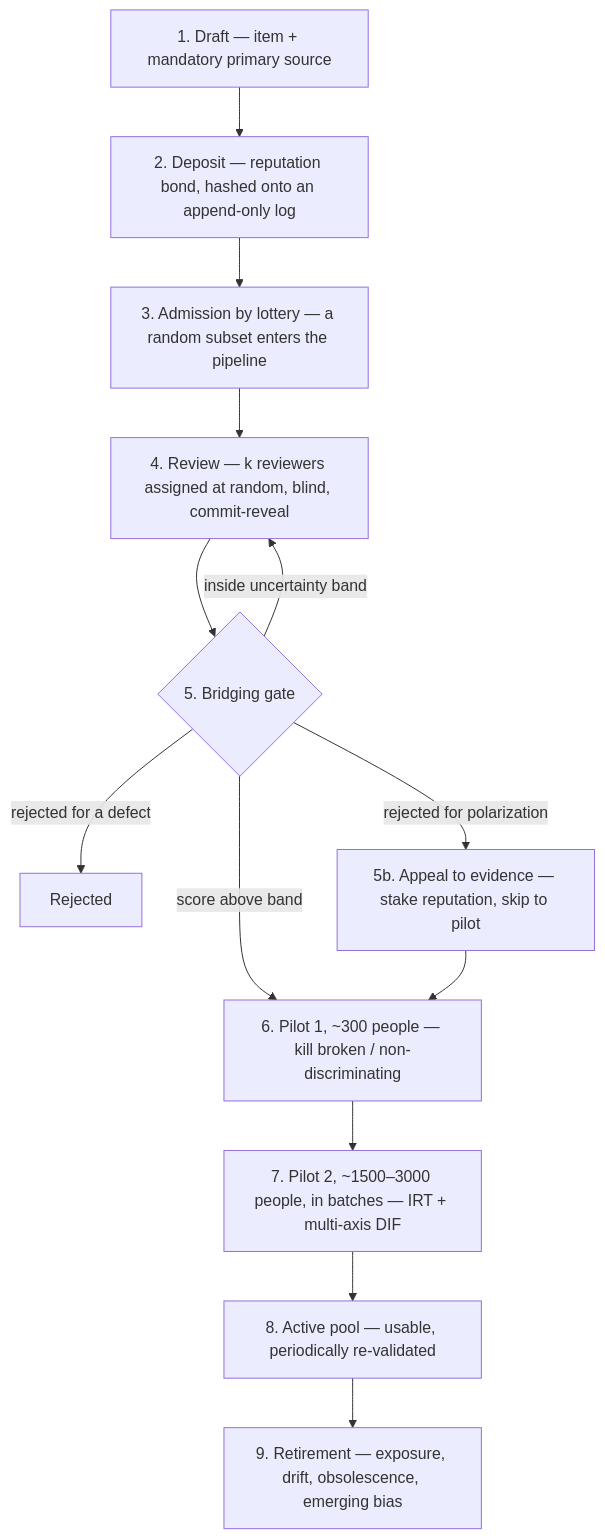
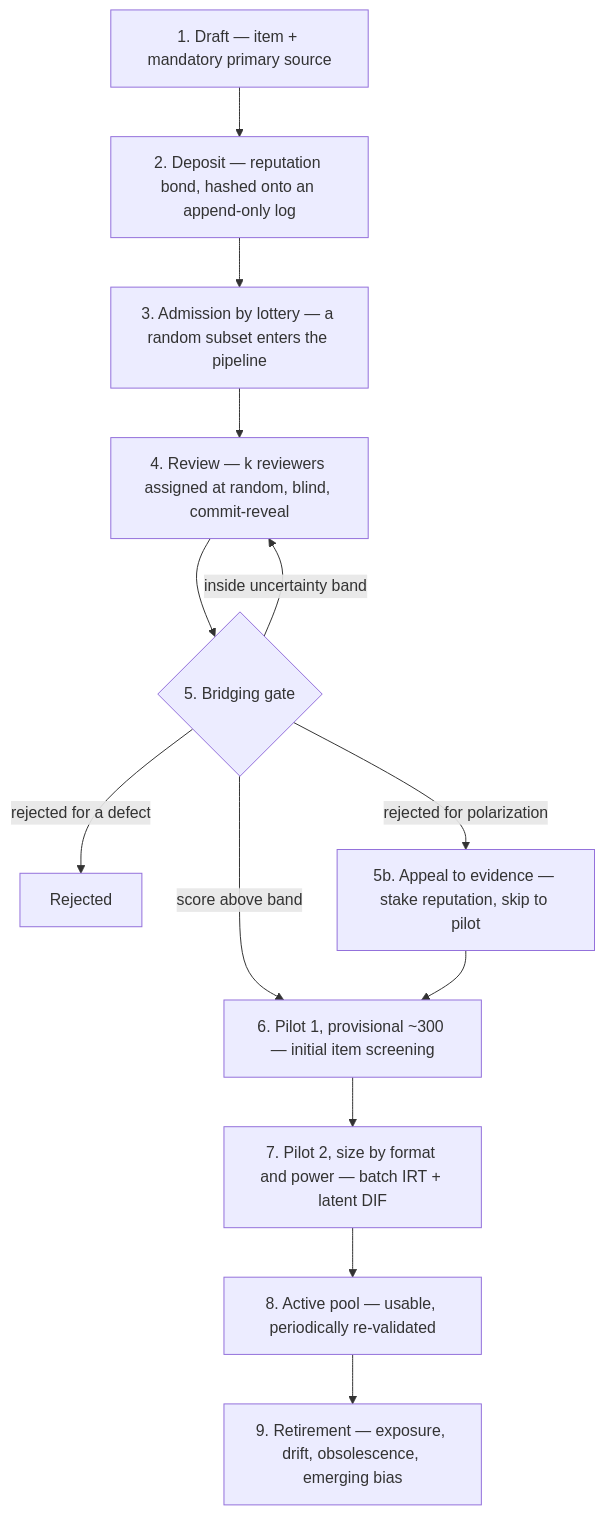
Before and after one commit to dsmear/isegoria: the diagram in README.md, drawn with Mermaid. The commit also changed other lines of this file and 18 other files, not shown here.

````diff
--- a/README.md
+++ b/README.md
@@ -142,15 +140,15 @@
 ```mermaid
 flowchart TD
     A["1. Draft — item + mandatory primary source"] --> B["2. Deposit — reputation bond, hashed onto an append-only log"]
     B --> C["3. Admission by lottery — a random subset enters the pipeline"]
     C --> D["4. Review — k reviewers assigned at random, blind, commit-reveal"]
     D --> E{"5. Bridging gate"}
-    E -->|score above band| F["6. Pilot 1, ~300 people — kill broken / non-discriminating"]
+    E -->|score above band| F["6. Pilot 1, provisional ~300 — initial item screening"]
     E -->|inside uncertainty band| D
     E -->|rejected for a defect| X["Rejected"]
     E -->|rejected for polarization| G["5b. Appeal to evidence — stake reputation, skip to pilot"]
     G --> F
-    F --> H["7. Pilot 2, ~1500–3000 people, in batches — IRT + multi-axis DIF"]
+    F --> H["7. Pilot 2, size by format and power — batch IRT + latent DIF"]
     H --> I["8. Active pool — usable, periodically re-validated"]
     I --> J["9. Retirement — exposure, drift, obsolescence, emerging bias"]
 ```
````
